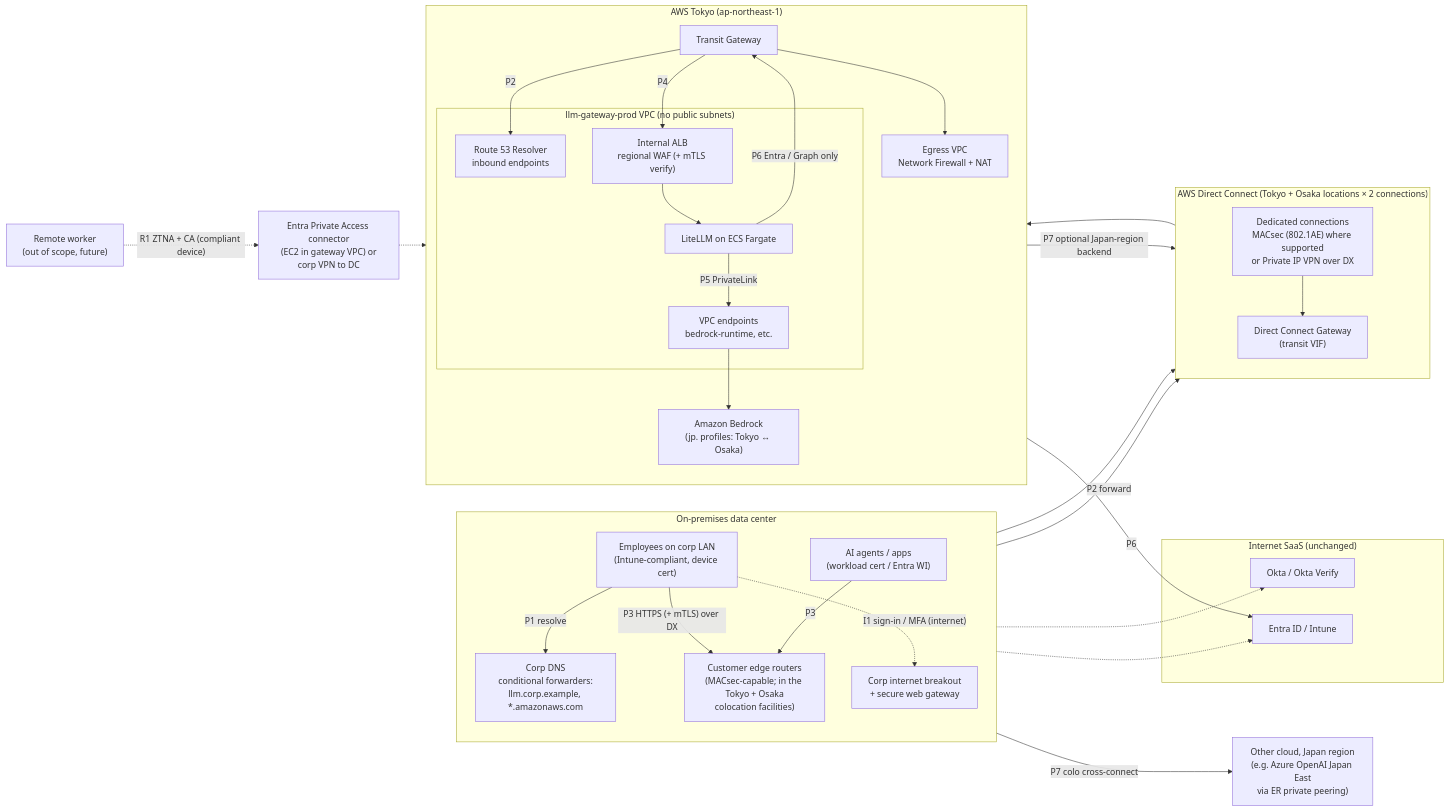
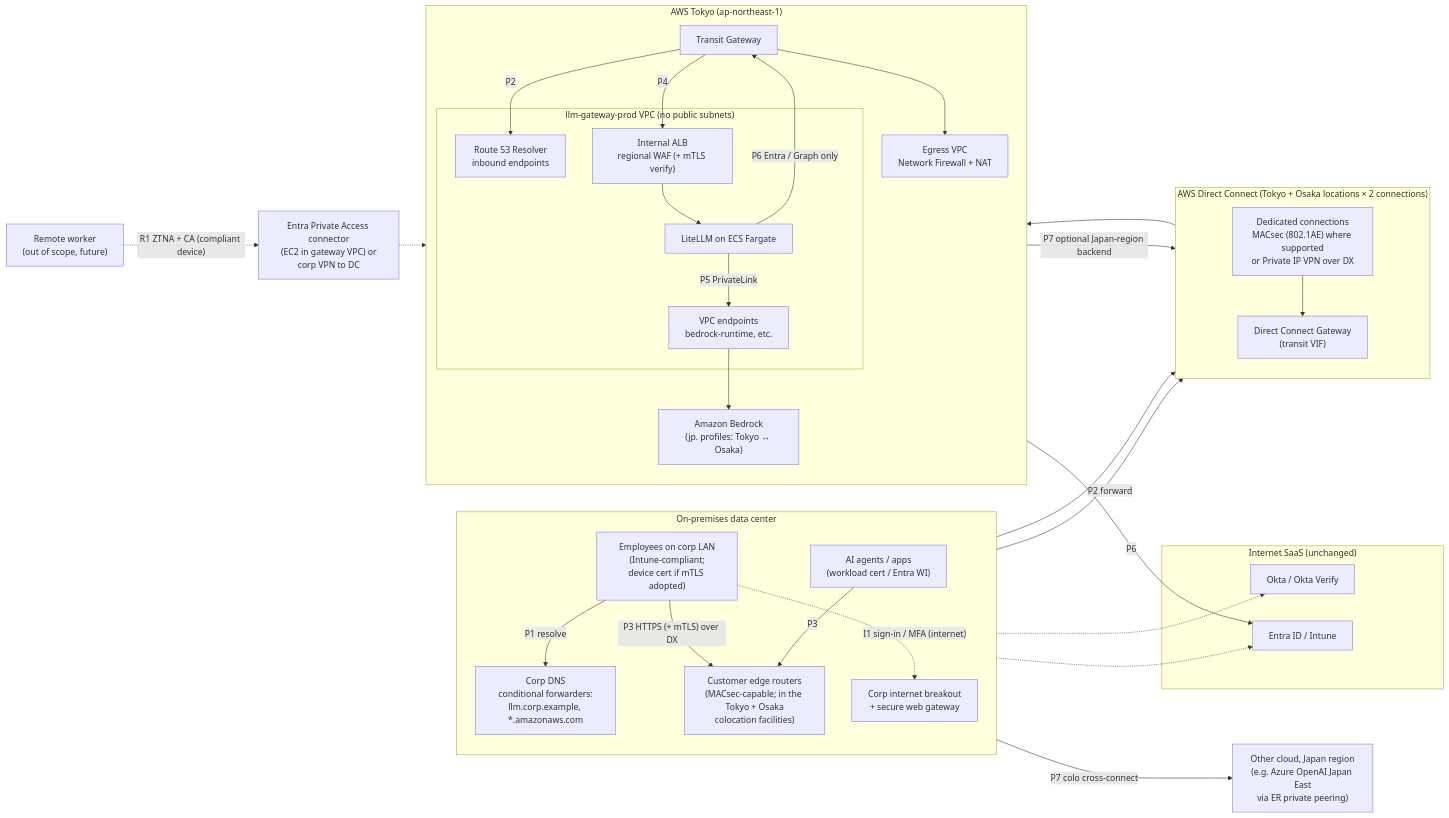
One commit to minddrop/llm-gateway-comparison changed the first of 5 diagrams in docs/en/07-private-connectivity.md. Above: the diagram before and after it, drawn with Mermaid. The commit also changed other lines of this file and 16 other files, not shown here.

````diff
--- a/docs/en/07-private-connectivity.md
+++ b/docs/en/07-private-connectivity.md
@@ -33,58 +33,58 @@
 ```mermaid
 flowchart LR
     subgraph ONP["On-premises data center"]
         direction TB
-        UOP["Employees on corp LAN<br/>(Intune-compliant, device cert)"]
+        UOP["Employees on corp LAN<br/>(Intune-compliant;<br/>device cert if mTLS adopted)"]
         AGOP["AI agents / apps<br/>(workload cert / Entra WI)"]
         ODNS["Corp DNS<br/>conditional forwarders:<br/>llm.corp.example, *.amazonaws.com"]
         CER["Customer edge routers<br/>(MACsec-capable; in the Tokyo + Osaka<br/>colocation facilities)"]
         INET["Corp internet breakout<br/>+ secure web gateway"]
     end
 
     subgraph DX["AWS Direct Connect (Tokyo + Osaka locations × 2 connections)"]
         direction TB
         DXC["Dedicated connections<br/>MACsec (802.1AE) where supported<br/>or Private IP VPN over DX"]
         DXGW["Direct Connect Gateway<br/>(transit VIF)"]
     end
 
     subgraph AWS["AWS Tokyo (ap-northeast-1)"]
         direction TB
         TGW["Transit Gateway"]
         subgraph VPC["llm-gateway-prod VPC (no public subnets)"]
             R53IN["Route 53 Resolver<br/>inbound endpoints"]
             IALB["Internal ALB<br/>regional WAF (+ mTLS verify)"]
             ECS["LiteLLM on ECS Fargate"]
             VPCE["VPC endpoints<br/>bedrock-runtime, etc."]
         end
         EGR["Egress VPC<br/>Network Firewall + NAT"]
         BR["Amazon Bedrock<br/>(jp. profiles: Tokyo ↔ Osaka)"]
     end
 
     subgraph SAAS["Internet SaaS (unchanged)"]
         ENTRA["Entra ID / Intune"]
         OKTA["Okta / Okta Verify"]
     end
 
     XC["Other cloud, Japan region<br/>(e.g. Azure OpenAI Japan East<br/>via ER private peering)"]
     REM["Remote worker<br/>(out of scope, future)"]
     ZTNA["Entra Private Access connector<br/>(EC2 in gateway VPC) or<br/>corp VPN to DC"]
 
     UOP -->|"P1 resolve"| ODNS
     ODNS -->|"P2 forward"| DXC
     DXC --> DXGW --> TGW
     TGW -->|"P2"| R53IN
     UOP -->|"P3 HTTPS (+ mTLS) over DX"| CER
     AGOP -->|"P3"| CER
     CER --> DXC
     TGW -->|"P4"| IALB --> ECS
     ECS -->|"P5 PrivateLink"| VPCE --> BR
     ECS -->|"P6 Entra / Graph only"| TGW
     TGW --> EGR -->|"P6"| ENTRA
     TGW -->|"P7 optional Japan-region backend"| DXGW
     CER -->|"P7 colo cross-connect"| XC
     UOP -.->|"I1 sign-in / MFA (internet)"| INET
     INET -.-> ENTRA
     INET -.-> OKTA
     REM -.->|"R1 ZTNA + CA (compliant device)"| ZTNA
     ZTNA -.-> IALB
 ```
````
